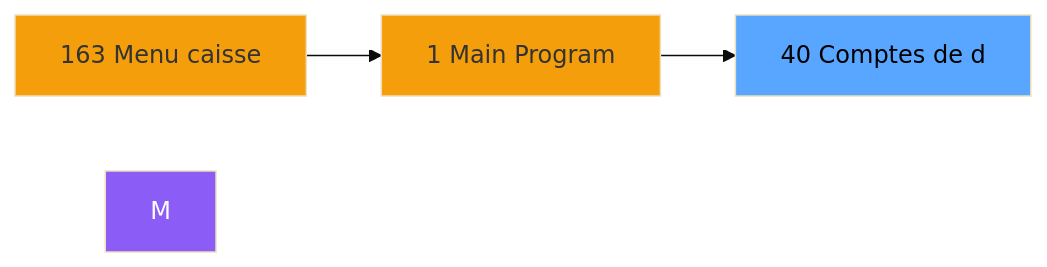
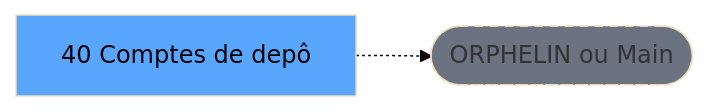
Before and after one commit to thonyAGP/lecteur-magic: the second of 3 diagrams in .openspec/specs/ADH-IDE-40.md, drawn with Mermaid (base theme). The commit also changed other lines of this file and 701 other files, not shown here.

````diff
--- a/.openspec/specs/ADH-IDE-40.md
+++ b/.openspec/specs/ADH-IDE-40.md
@@ -117,12 +124,8 @@
 ```mermaid
 graph LR
-    N163[163 Menu caisse ]
-    N1[1 Main Program]
-    T[40 Comptes de d]
-    N163 --> N1
-    N1 --> T
-    style M fill:#8b5cf6,color:#fff
-    style N163 fill:#f59e0b
-    style N1 fill:#f59e0b
+    T[40 Comptes de depô]
+    ORPHAN([ORPHELIN ou Main])
+    T -.-> ORPHAN
     style T fill:#58a6ff,color:#000
+    style ORPHAN fill:#6b7280,stroke-dasharray: 5 5
 ```
````
